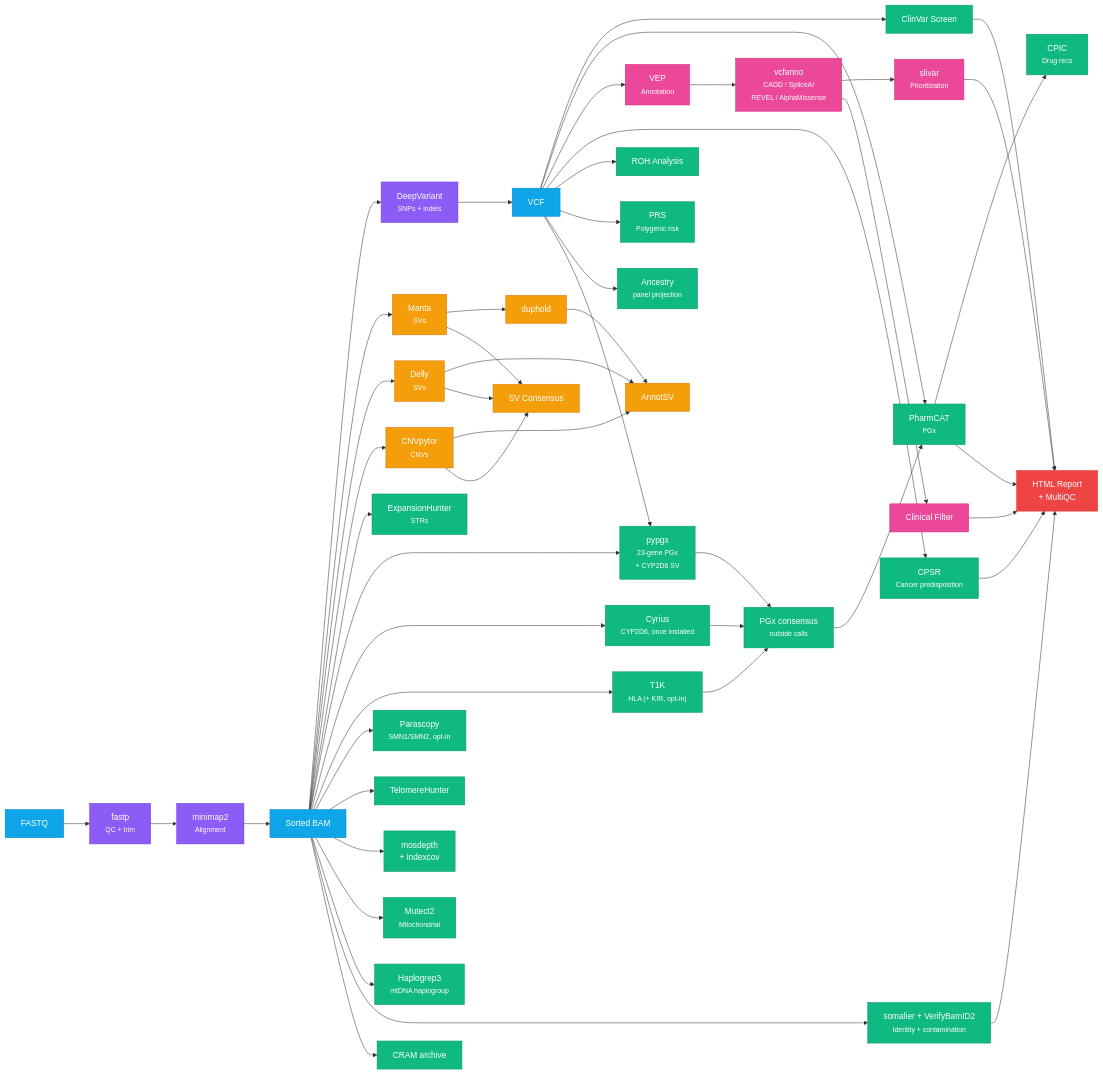
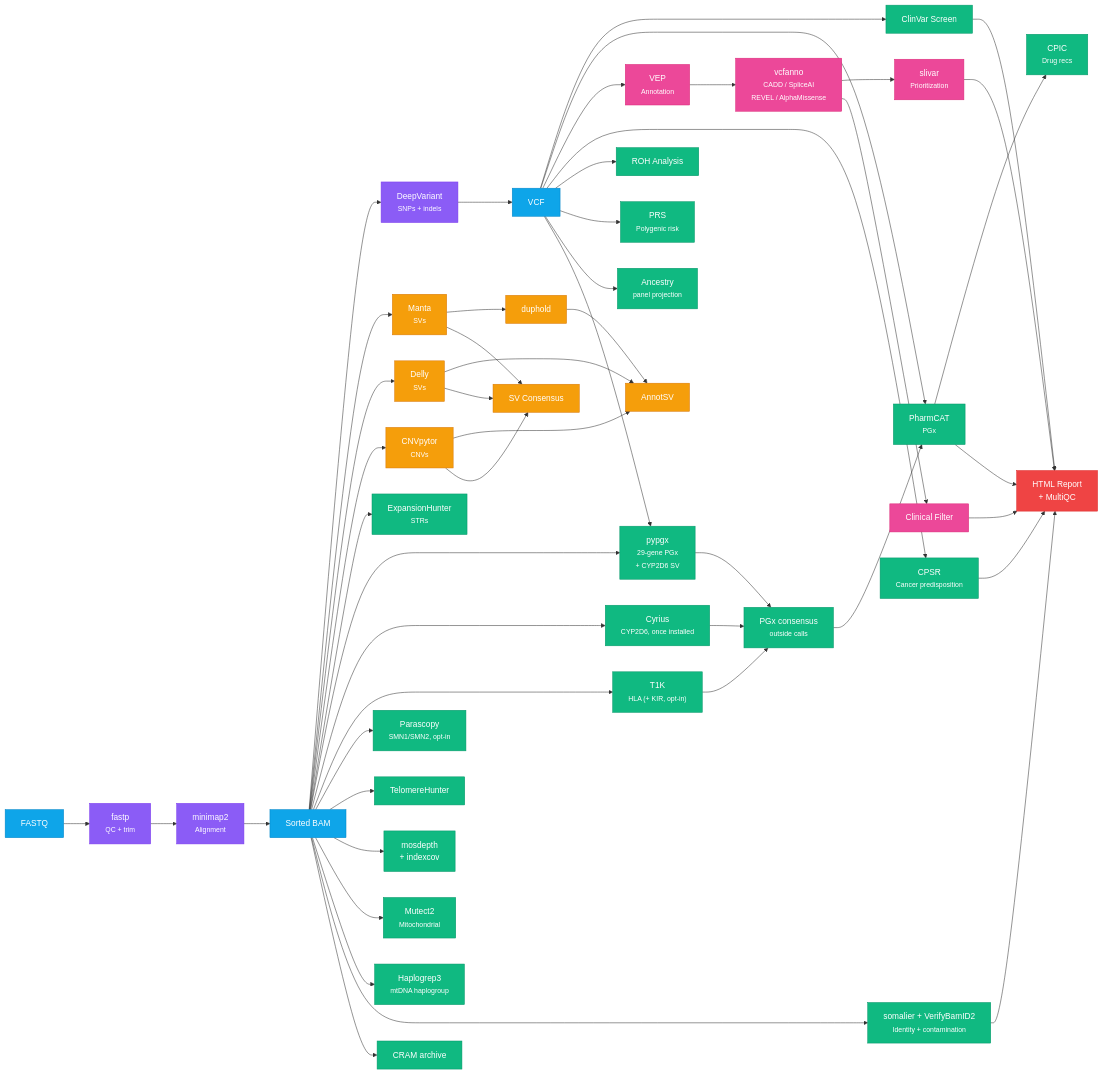
The diagram in docs/pipeline-overview.md (GeiserX/Personal-Genome-Pipeline), drawn with Mermaid before and after one commit. The commit also changed other lines of this file and 14 other files, not shown here.

````diff
--- a/docs/pipeline-overview.md
+++ b/docs/pipeline-overview.md
@@ -32,74 +32,74 @@
 ```mermaid
 graph LR
     FASTQ["FASTQ"] --> fastp["fastp<br/><small>QC + trim</small>"]
     fastp --> align["minimap2<br/><small>Alignment</small>"]
     align --> BAM["Sorted BAM"]
     BAM --> DV["DeepVariant<br/><small>SNPs + indels</small>"]
     DV --> VCF["VCF"]
 
     %% VCF-based analyses
     VCF --> clinvar["ClinVar Screen"]
     VCF --> pharmcat["PharmCAT<br/><small>PGx</small>"]
     pharmcat --> cpic["CPIC<br/><small>Drug recs</small>"]
     VCF --> vep["VEP<br/><small>Annotation</small>"]
     vep --> vcfanno["vcfanno<br/><small>CADD / SpliceAI<br/>REVEL / AlphaMissense</small>"]
     vcfanno --> slivar["slivar<br/><small>Prioritization</small>"]
     vcfanno --> clinical["Clinical Filter"]
     VCF --> cpsr["CPSR<br/><small>Cancer predisposition</small>"]
     VCF --> roh["ROH Analysis"]
     VCF --> prs["PRS<br/><small>Polygenic risk</small>"]
     VCF --> ancestry["Ancestry<br/><small>panel projection</small>"]
 
     %% BAM-based analyses
     BAM --> manta["Manta<br/><small>SVs</small>"]
     BAM --> delly["Delly<br/><small>SVs</small>"]
     BAM --> cnvpytor["CNVpytor<br/><small>CNVs</small>"]
     manta --> duphold["duphold"]
     duphold --> annotsv["AnnotSV"]
     delly --> annotsv
     cnvpytor --> annotsv
     manta --> consensus["SV Consensus"]
     delly --> consensus
     cnvpytor --> consensus
 
     BAM --> eh["ExpansionHunter<br/><small>STRs</small>"]
-    BAM --> pypgx["pypgx<br/><small>23-gene PGx<br/>+ CYP2D6 SV</small>"]
+    BAM --> pypgx["pypgx<br/><small>29-gene PGx<br/>+ CYP2D6 SV</small>"]
     %% pypgx reads the VCF too, so it waits for DeepVariant
     VCF --> pypgx
     BAM --> cyrius["Cyrius<br/><small>CYP2D6, once installed</small>"]
     BAM --> hla["T1K<br/><small>HLA (+ KIR, opt-in)</small>"]
     BAM --> paralogs["Parascopy<br/><small>SMN1/SMN2, opt-in</small>"]
     hla --> consensus36["PGx consensus<br/><small>outside calls</small>"]
     pypgx --> consensus36
     cyrius --> consensus36
     consensus36 --> pharmcat
     BAM --> telomere["TelomereHunter"]
     BAM --> coverage["mosdepth<br/>+ indexcov"]
     BAM --> mito["Mutect2<br/><small>Mitochondrial</small>"]
     BAM --> haplo["Haplogrep3<br/><small>mtDNA haplogroup</small>"]
     BAM --> sampleqc["somalier + VerifyBamID2<br/><small>Identity + contamination</small>"]
     BAM --> cram["CRAM archive"]
 
     %% Reporting
     clinical --> report["HTML Report<br/>+ MultiQC"]
     slivar --> report
     clinvar --> report
     pharmcat --> report
     cpsr --> report
     sampleqc --> report
 
     %% Styling
     classDef input fill:#0ea5e9,stroke:#0284c7,color:#fff
     classDef core fill:#8b5cf6,stroke:#7c3aed,color:#fff
     classDef analysis fill:#10b981,stroke:#059669,color:#fff
     classDef sv fill:#f59e0b,stroke:#d97706,color:#fff
     classDef annotation fill:#ec4899,stroke:#db2777,color:#fff
     classDef report fill:#ef4444,stroke:#dc2626,color:#fff
 
     class FASTQ,BAM,VCF input
     class fastp,align,DV core
     class clinvar,pharmcat,cpic,cpsr,eh,roh,prs,ancestry,pypgx,cyrius,hla,paralogs,consensus36,telomere,coverage,mito,haplo,sampleqc,cram analysis
     class manta,delly,cnvpytor,consensus,duphold,annotsv sv
     class vep,vcfanno,slivar,clinical annotation
     class report report
 ```
````
